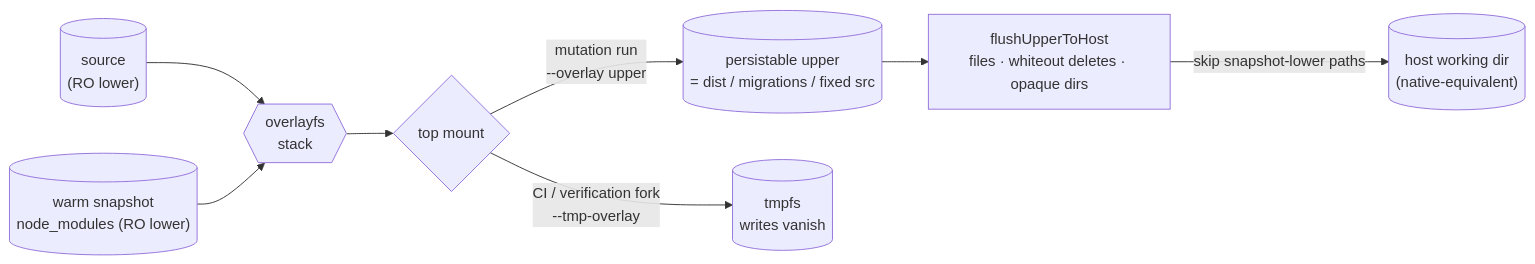
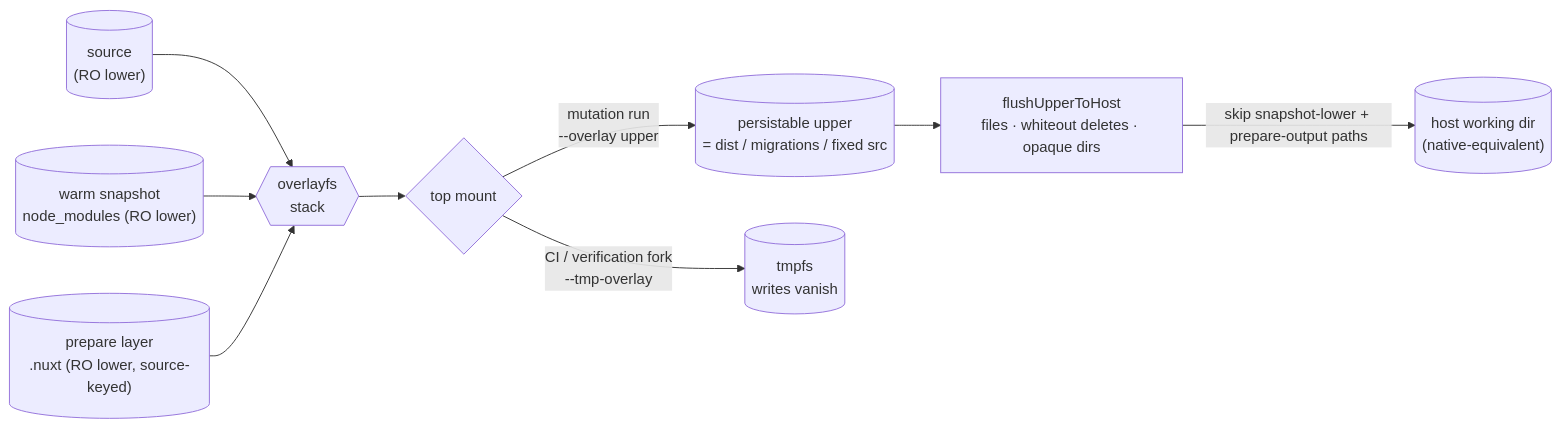
One commit to Esposter/Esposter changed the second of 2 diagrams in features/virrun/architecture.md. Above: the diagram before and after it, drawn with Mermaid. The commit also changed other lines of this file and 49 other files, not shown here.

Commit message:
fix: prepare outputs for artifacts from nuxt env

````diff
--- a/features/virrun/architecture.md
+++ b/features/virrun/architecture.md
@@ -107,12 +107,13 @@
 ```mermaid
 flowchart LR
     src[("source\n(RO lower)")] --> ov{{"overlayfs\nstack"}}
     snap[("warm snapshot\nnode_modules (RO lower)")] --> ov
+    prep[("prepare layer\n.nuxt (RO lower, source-keyed)")] --> ov
 
     ov --> top{"top mount"}
     top -->|"mutation run\n--overlay upper"| up[("persistable upper\n= dist / migrations / fixed src")]
     top -->|"CI / verification fork\n--tmp-overlay"| vanish[("tmpfs\nwrites vanish")]
 
     up --> flush["flushUpperToHost\nfiles · whiteout deletes · opaque dirs"]
-    flush -->|"skip snapshot-lower paths"| host[("host working dir\n(native-equivalent)")]
+    flush -->|"skip snapshot-lower + prepare-output paths"| host[("host working dir\n(native-equivalent)")]
 ```
````
